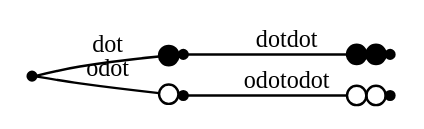
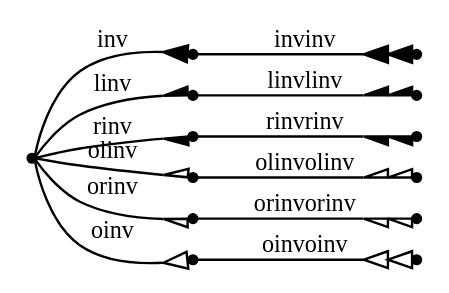
One commit to graphviz-perl/GraphViz2-Marpa-PathUtils changed the diagram in out/clusters.out.08.003.gv. Above: the diagram before and after it, drawn with Graphviz. The commit also changed 33 other files, not shown here.

```diff
--- a/out/clusters.out.08.003.gv
+++ b/out/clusters.out.08.003.gv
@@ -1,11 +1,19 @@
 digraph G
 {
 	graph[ rankdir = "LR" nodesep = "0"]
 	node[ shape = "point" label = ""]
 	edge[ fontsize = "10"]
-	_dot -> dot[ arrowhead = "dot" label = "dot"]
-	dot -> dotdot[ arrowhead = "dotdot" label = "dotdot"]
-	_dot -> odot[ arrowhead = "odot" label = "odot"]
-	odot -> odotodot[ arrowhead = "odotodot" label = "odotodot"]
+	_inv -> inv[ arrowhead = "inv" label = "inv"]
+	inv -> invinv[ arrowhead = "invinv" label = "invinv"]
+	_inv -> linv[ arrowhead = "linv" label = "linv"]
+	linv -> linvlinv[ arrowhead = "linvlinv" label = "linvlinv"]
+	_inv -> rinv[ arrowhead = "rinv" label = "rinv"]
+	rinv -> rinvrinv[ arrowhead = "rinvrinv" label = "rinvrinv"]
+	_inv -> olinv[ arrowhead = "olinv" label = "olinv"]
+	olinv -> olinvolinv[ arrowhead = "olinvolinv" label = "olinvolinv"]
+	_inv -> orinv[ arrowhead = "orinv" label = "orinv"]
+	orinv -> orinvorinv[ arrowhead = "orinvorinv" label = "orinvorinv"]
+	_inv -> oinv[ arrowhead = "oinv" label = "oinv"]
+	oinv -> oinvoinv[ arrowhead = "oinvoinv" label = "oinvoinv"]
 
 }
```
